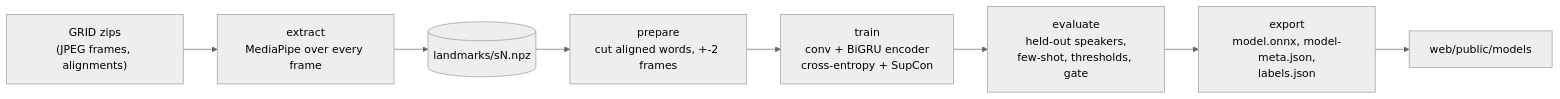
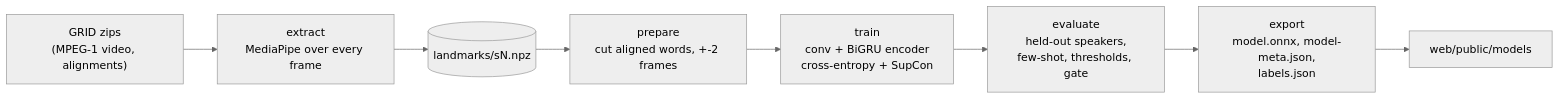
One commit to shashank11yadav/SilentSpeak changed the second of 2 diagrams in README.md. Above: the diagram before and after it, drawn with Mermaid (neutral theme). The commit also changed 4 other files, not shown here.

Commit message:
feat(pipeline): resumable parallel landmark extraction streamed from the GRID video zips

````diff
--- a/README.md
+++ b/README.md
@@ -77,10 +77,10 @@
 ```mermaid
 flowchart LR
-  zips["GRID zips<br/>(JPEG frames, alignments)"] --> extract["extract<br/>MediaPipe over every frame"]
+  zips["GRID zips<br/>(MPEG-1 video, alignments)"] --> extract["extract<br/>MediaPipe over every frame"]
   extract --> npz[("landmarks/sN.npz")]
   npz --> prepare["prepare<br/>cut aligned words, +-2 frames"]
   prepare --> train["train<br/>conv + BiGRU encoder<br/>cross-entropy + SupCon"]
   train --> evaluate["evaluate<br/>held-out speakers,<br/>few-shot, thresholds, gate"]
   evaluate --> export["export<br/>model.onnx, model-meta.json,<br/>labels.json"]
   export --> web["web/public/models"]
 ```
````
